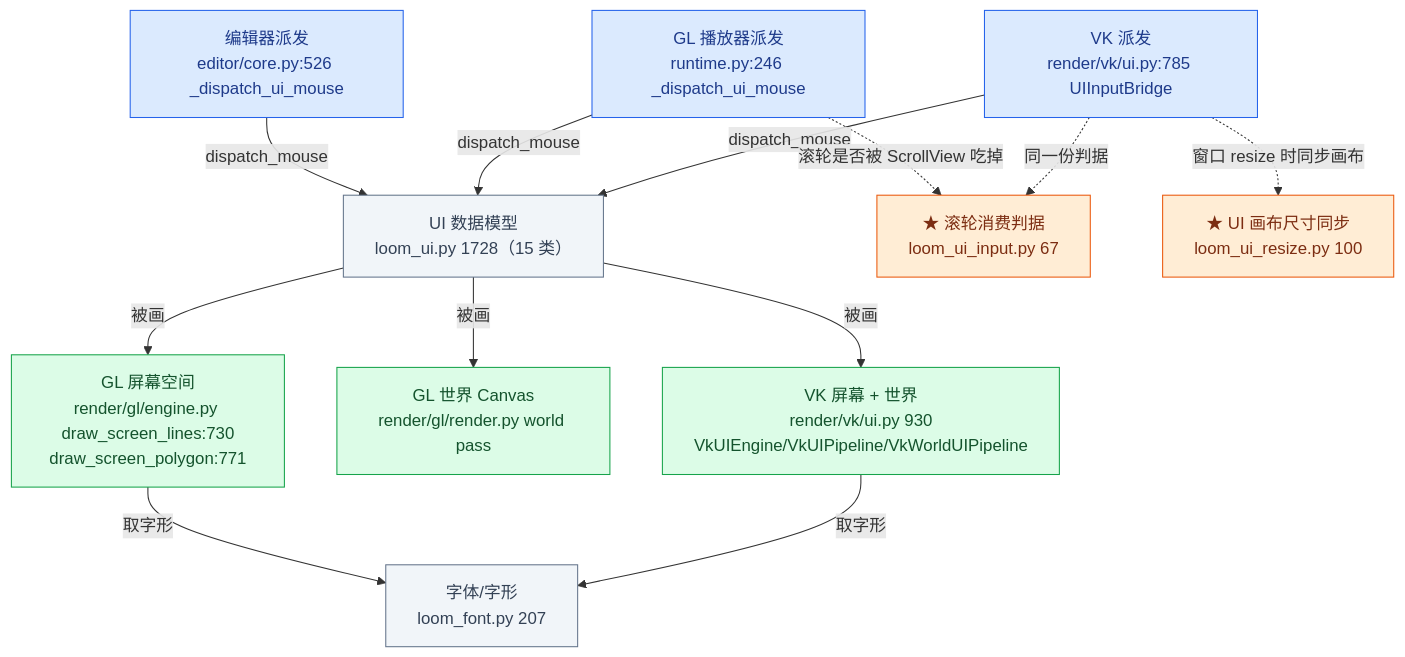
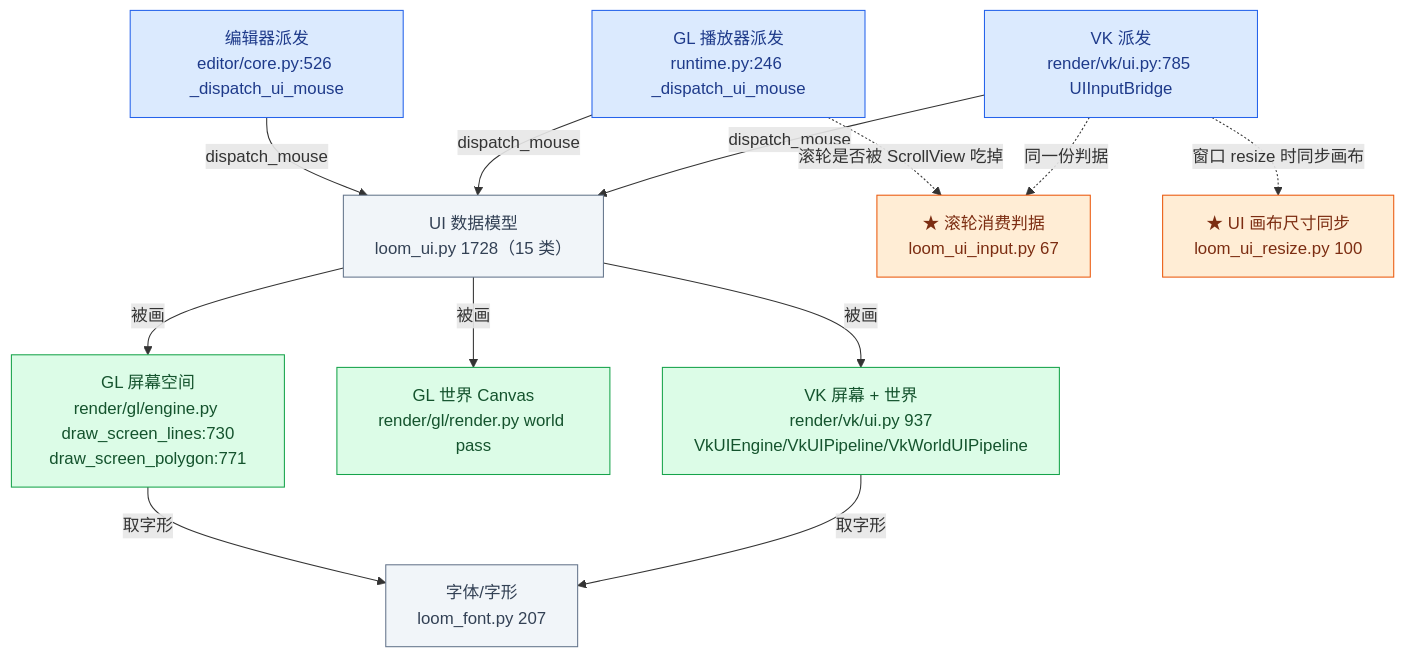
The ninth of 23 diagrams in ARCHITECTURE.md (lhy302/WeaveEngine), drawn with Mermaid before and after one commit. The commit also changed other lines of this file and 6 other files, not shown here.

Commit message:
终审收口(P1/P2): mouse_rel 门锁后稳定帧(夹具级,断言不动) + 台账 653→652/pause 70 + 图 937/4222/1436/6341~6342 + 4 探针过期标注

````diff
--- a/ARCHITECTURE.md
+++ b/ARCHITECTURE.md
@@ -461,28 +461,28 @@
 ```mermaid
 flowchart TB
   D["UI 数据模型<br/>loom_ui.py 1728（15 类）"]:::file
   S1["★ 滚轮消费判据<br/>loom_ui_input.py 67"]:::contract
   S2["★ UI 画布尺寸同步<br/>loom_ui_resize.py 100"]:::contract
   P1["GL 屏幕空间<br/>render/gl/engine.py draw_screen_lines:730<br/>draw_screen_polygon:771"]:::impl
   P2["GL 世界 Canvas<br/>render/gl/render.py world pass"]:::impl
-  P3["VK 屏幕 + 世界<br/>render/vk/ui.py 930<br/>VkUIEngine/VkUIPipeline/VkWorldUIPipeline"]:::impl
+  P3["VK 屏幕 + 世界<br/>render/vk/ui.py 937<br/>VkUIEngine/VkUIPipeline/VkWorldUIPipeline"]:::impl
   E1["编辑器派发<br/>editor/core.py:526 _dispatch_ui_mouse"]:::entry
   E2["GL 播放器派发<br/>runtime.py:246 _dispatch_ui_mouse"]:::entry
   E3["VK 派发<br/>render/vk/ui.py:785 UIInputBridge"]:::entry
   F["字体/字形<br/>loom_font.py 207"]:::file
   D -->|被画| P1
   D -->|被画| P2
   D -->|被画| P3
   P1 -->|取字形| F
   P3 -->|取字形| F
   E1 -->|dispatch_mouse| D
   E2 -->|dispatch_mouse| D
   E3 -->|dispatch_mouse| D
   E2 -.->|滚轮是否被 ScrollView 吃掉| S1
   E3 -.->|同一份判据| S1
   E3 -.->|窗口 resize 时同步画布| S2
   classDef entry fill:#dbeafe,stroke:#2563eb,color:#1e3a8a
   classDef impl fill:#dcfce7,stroke:#16a34a,color:#14532d
   classDef contract fill:#ffedd5,stroke:#ea580c,color:#7c2d12
   classDef file fill:#f1f5f9,stroke:#64748b,color:#334155
 ```
````
